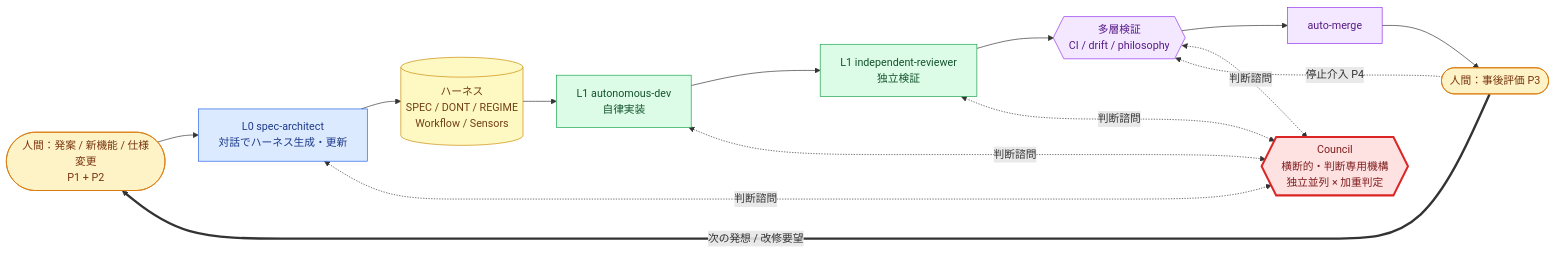
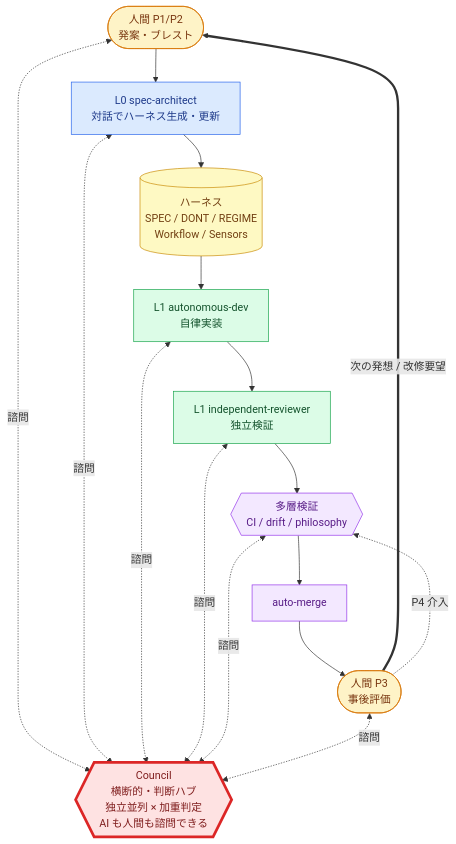
The diagram in README.md (samejima-ai/dialog-harness), drawn with Mermaid before and after one commit. The commit also changed other lines of this file and 1 other file, not shown here.

Commit message:
docs(readme): Council as central hub — humans can consult too
ユーザーフィードバック反映:
1. Council は AI ノードだけでなく人間自身も使える判断ハブ
2. council を中心にサイクルが回る構造を可視化

flow 図変更:
- TB layout に変更、COUNCIL を最上位に配置（中央ハブとして視覚的に支配）
- COUNCIL stroke-width: 3 → 4 でさらに強調
- H1 (P1/P2) と H3 (P3) からも COUNCIL に双方向諮問破線を追加
  → 人間が「迷ったら Council に投げる」経路を明示

説明テキスト変更:
- 「Council = 中央の判断ハブ」を冒頭に。AI ノード諮問の他、人間からも
  「設計に迷う」「方針に不安」等の認知負荷削減用途で諮問可能と明文化
- 「サイクルは Council を中心に回る」結語を追加

Council セクション本文:
- 「AI に肩代わりさせる合議機構 + 人間自身も使える判断ハブ」に補強
- 利用者×場面の対応表を追加（AI ノード / 人間それぞれの諮問場面）

````diff
--- a/README.md
+++ b/README.md
@@ -78,25 +78,28 @@
 ```mermaid
-flowchart LR
-    H1([人間：発案 / 新機能 / 仕様変更<br/>P1 + P2]):::human --> L0
+flowchart TB
+    COUNCIL{{Council<br/>横断的・判断ハブ<br/>独立並列 × 加重判定<br/>AI も人間も諮問できる}}:::council
+
+    H1([人間 P1/P2<br/>発案・ブレスト]):::human --> L0
     L0[L0 spec-architect<br/>対話でハーネス生成・更新]:::l0 --> HARNESS[(ハーネス<br/>SPEC / DONT / REGIME<br/>Workflow / Sensors)]:::harness
     HARNESS --> L1[L1 autonomous-dev<br/>自律実装]:::l1
     L1 --> REVIEW[L1 independent-reviewer<br/>独立検証]:::l1
     REVIEW --> VERIFY{{多層検証<br/>CI / drift / philosophy}}:::cc
     VERIFY --> MERGE[auto-merge]:::cc
-    MERGE --> H3([人間：事後評価 P3]):::human
+    MERGE --> H3([人間 P3<br/>事後評価]):::human
     H3 == 次の発想 / 改修要望 ==> H1
-    H3 -.停止介入 P4.-> VERIFY
+    H3 -. P4 介入 .-> VERIFY
 
-    COUNCIL{{Council<br/>横断的・判断専用機構<br/>独立並列 × 加重判定}}:::council
-    L0 <-. 判断諮問 .-> COUNCIL
-    L1 <-. 判断諮問 .-> COUNCIL
-    REVIEW <-. 判断諮問 .-> COUNCIL
-    VERIFY <-. 判断諮問 .-> COUNCIL
+    H1 <-. 諮問 .-> COUNCIL
+    L0 <-. 諮問 .-> COUNCIL
+    L1 <-. 諮問 .-> COUNCIL
+    REVIEW <-. 諮問 .-> COUNCIL
+    VERIFY <-. 諮問 .-> COUNCIL
+    H3 <-. 諮問 .-> COUNCIL
 
     classDef human fill:#fef3c7,stroke:#d97706,color:#78350f
     classDef l0 fill:#dbeafe,stroke:#2563eb,color:#1e3a8a
     classDef l1 fill:#dcfce7,stroke:#16a34a,color:#14532d
     classDef harness fill:#fef9c3,stroke:#ca8a04,color:#713f12
     classDef cc fill:#f3e8ff,stroke:#9333ea,color:#581c87
-    classDef council fill:#fee2e2,stroke:#dc2626,color:#7f1d1d,stroke-width:3px
+    classDef council fill:#fee2e2,stroke:#dc2626,color:#7f1d1d,stroke-width:4px
 ```
````
